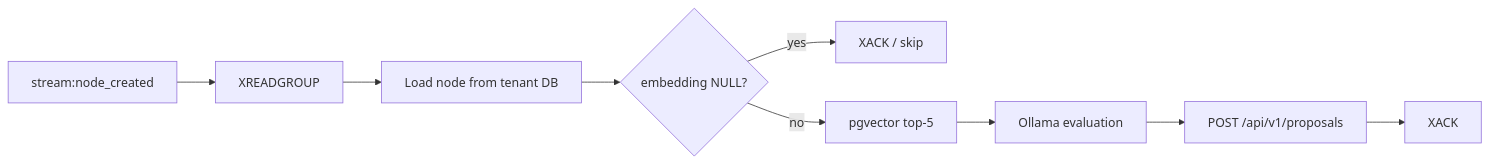
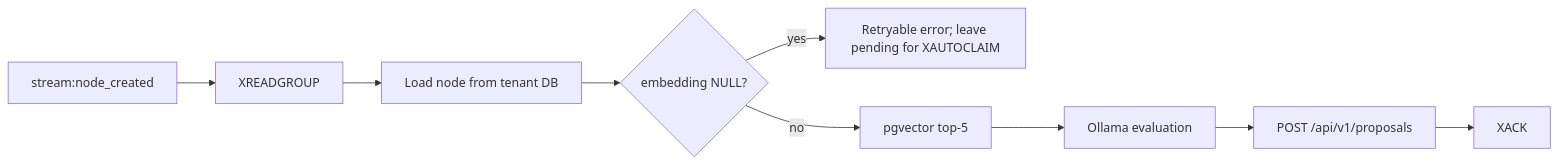
One commit to Juanc0/vozlab changed the diagram in docs/spec/relator.md. Above: the diagram before and after it, drawn with Mermaid. The commit also changed other lines of this file and 42 other files, not shown here.

````diff
--- a/docs/spec/relator.md
+++ b/docs/spec/relator.md
@@ -57,11 +61,11 @@
 ```mermaid
 flowchart LR
     A[stream:node_created] --> B[XREADGROUP]
     B --> C[Load node from tenant DB]
     C --> D{embedding NULL?}
-    D -->|yes| E[XACK / skip]
+    D -->|yes| E[Retryable error; leave pending for XAUTOCLAIM]
     D -->|no| F[pgvector top-5]
     F --> G[Ollama evaluation]
     G --> H[POST /api/v1/proposals]
     H --> I[XACK]
 ```
````
